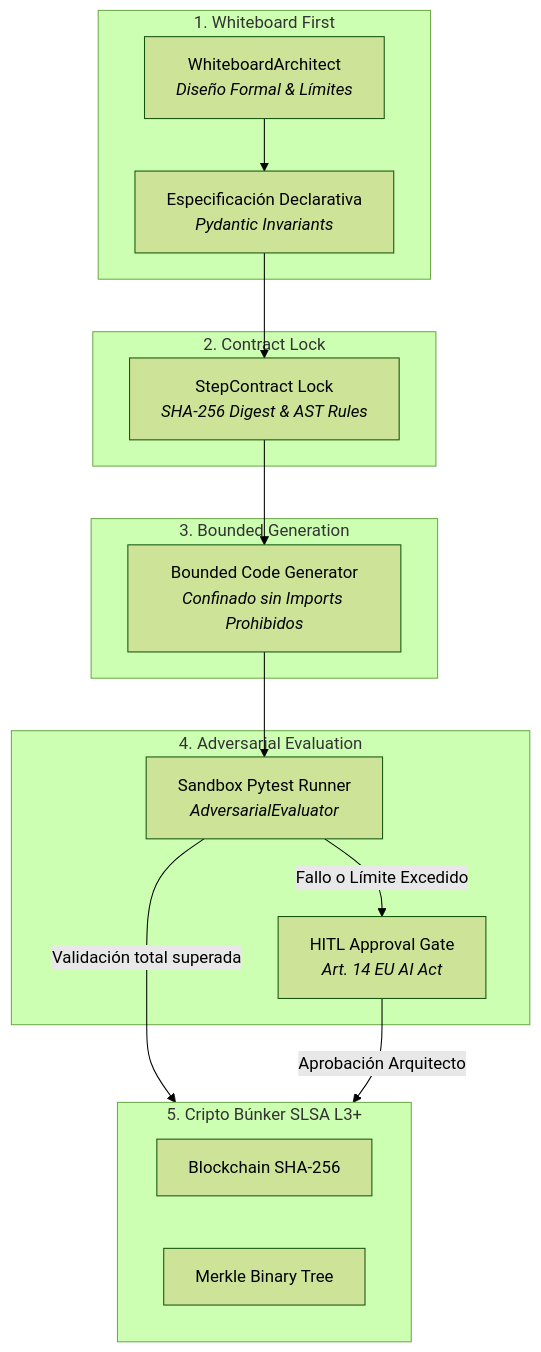
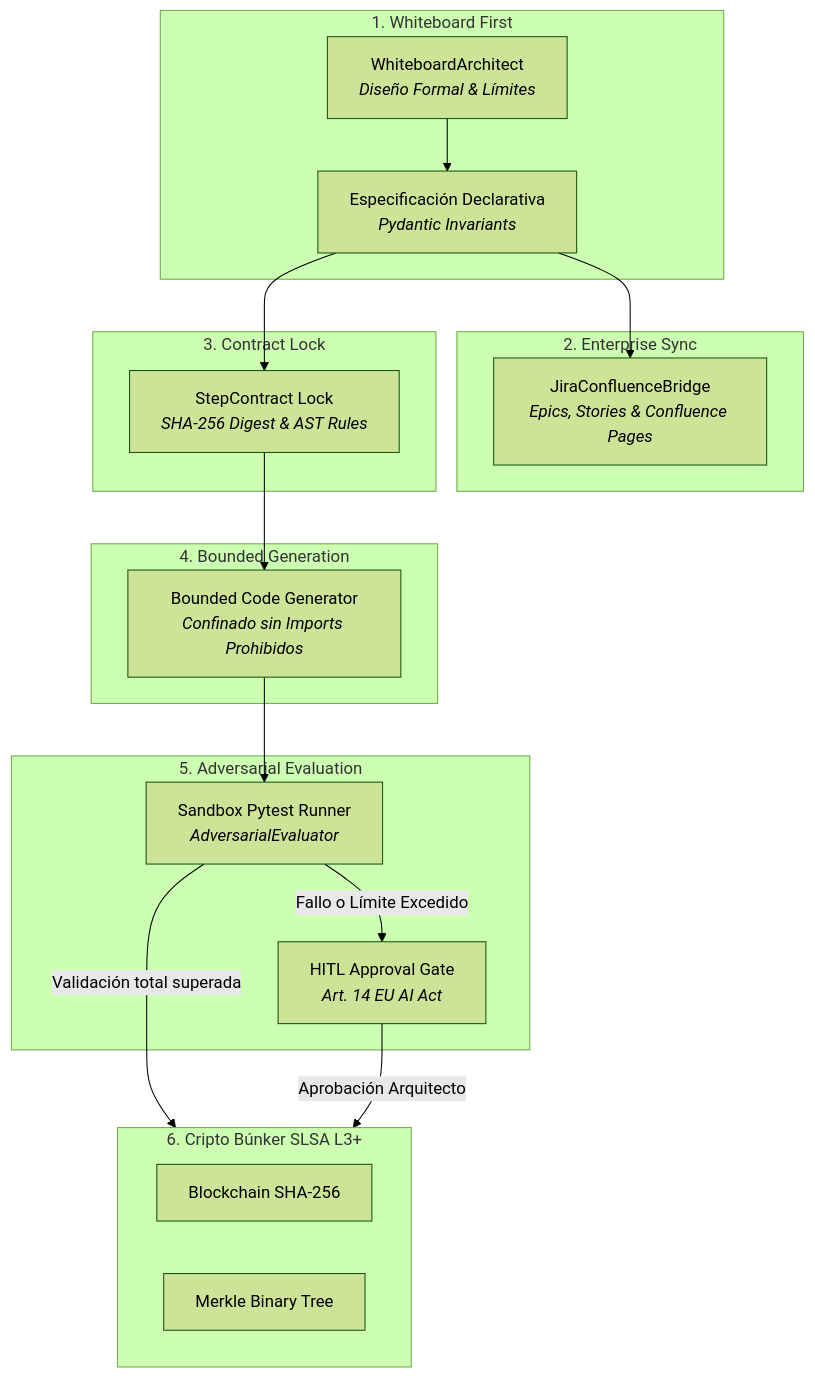
Before and after one commit to Tardigrado-76/Capgemini: the diagram in WHITE CODING HARNESS/README.md, drawn with Mermaid (forest theme). The commit also changed other lines of this file and 4 other files, not shown here.

````diff
--- a/WHITE CODING HARNESS/README.md
+++ b/WHITE CODING HARNESS/README.md
@@ -17,33 +17,38 @@
 ```mermaid
 graph TD
-    subgraph Design ["1. Whiteboard First"]
-        ARCH["WhiteboardArchitect<br/><i>Diseño Formal & Límites</i>"]
-        SPEC["Especificación Declarativa<br/><i>Pydantic Invariants</i>"]
-    end
+ subgraph Design ["1. Whiteboard First"]
+ ARCH["WhiteboardArchitect<br/><i>Diseño Formal & Límites</i>"]
+ SPEC["Especificación Declarativa<br/><i>Pydantic Invariants</i>"]
+ end
 
-    subgraph Lock ["2. Contract Lock"]
-        CONTRACT["StepContract Lock<br/><i>SHA-256 Digest & AST Rules</i>"]
-    end
+ subgraph Sync ["2. Enterprise Sync"]
+ BRIDGE["JiraConfluenceBridge<br/><i>Epics, Stories & Confluence Pages</i>"]
+ end
 
-    subgraph Gen ["3. Bounded Generation"]
-        AGENT["Bounded Code Generator<br/><i>Confinado sin Imports Prohibidos</i>"]
-    end
+ subgraph Lock ["3. Contract Lock"]
+ CONTRACT["StepContract Lock<br/><i>SHA-256 Digest & AST Rules</i>"]
+ end
 
-    subgraph Eval ["4. Adversarial Evaluation"]
-        TEST["Sandbox Pytest Runner<br/><i>AdversarialEvaluator</i>"]
-        HITL["HITL Approval Gate<br/><i>Art. 14 EU AI Act</i>"]
-    end
+ subgraph Gen ["4. Bounded Generation"]
+ AGENT["Bounded Code Generator<br/><i>Confinado sin Imports Prohibidos</i>"]
+ end
 
-    subgraph Bunker ["5. Cripto Búnker SLSA L3+"]
-        LEDGER["Blockchain SHA-256"]
-        MERKLE["Merkle Binary Tree"]
-    end
+ subgraph Eval ["5. Adversarial Evaluation"]
+ TEST["Sandbox Pytest Runner<br/><i>AdversarialEvaluator</i>"]
+ HITL["HITL Approval Gate<br/><i>Art. 14 EU AI Act</i>"]
+ end
 
-    ARCH --> SPEC
-    SPEC --> CONTRACT
-    CONTRACT --> AGENT
-    AGENT --> TEST
-    TEST -->|Fallo o Límite Excedido| HITL
-    TEST -->|Validación total superada| Bunker
-    HITL -->|Aprobación Arquitecto| Bunker
+ subgraph Bunker ["6. Cripto Búnker SLSA L3+"]
+ LEDGER["Blockchain SHA-256"]
+ MERKLE["Merkle Binary Tree"]
+ end
+
+ ARCH --> SPEC
+ SPEC --> BRIDGE
+ SPEC --> CONTRACT
+ CONTRACT --> AGENT
+ AGENT --> TEST
+ TEST -->|Fallo o Límite Excedido| HITL
+ TEST -->|Validación total superada| Bunker
+ HITL -->|Aprobación Arquitecto| Bunker
 ```
````
